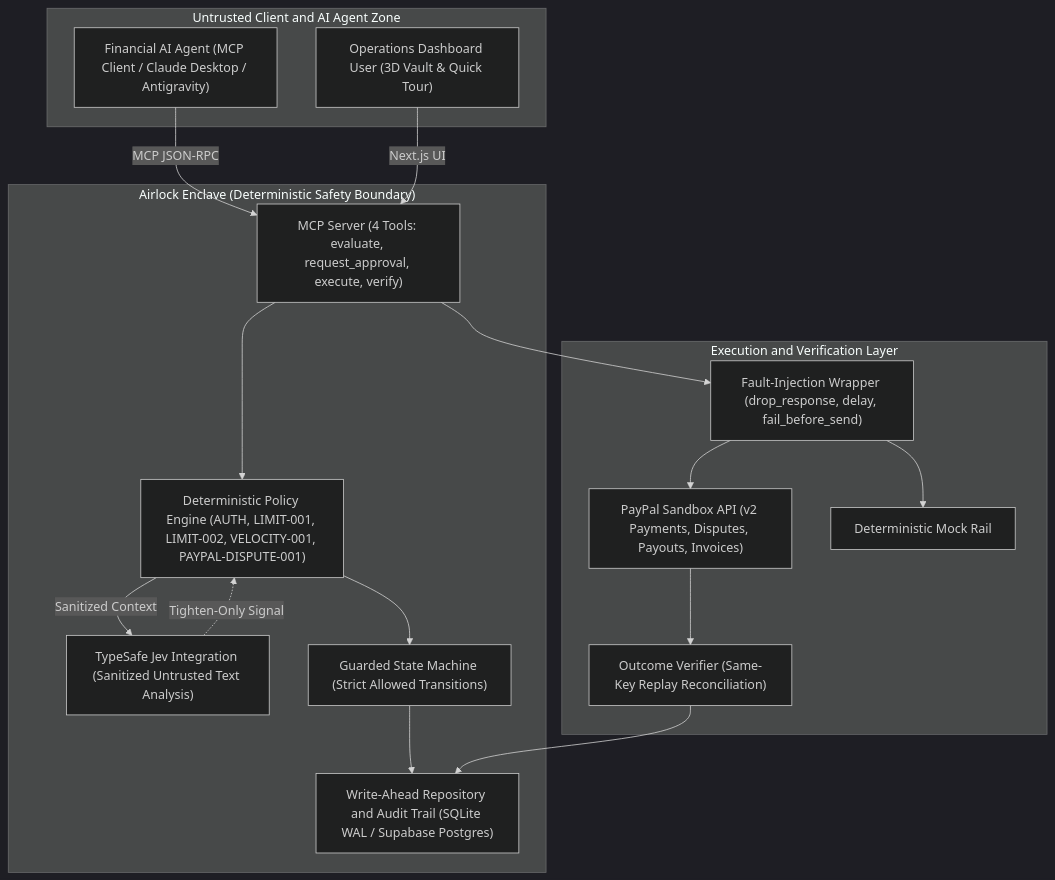
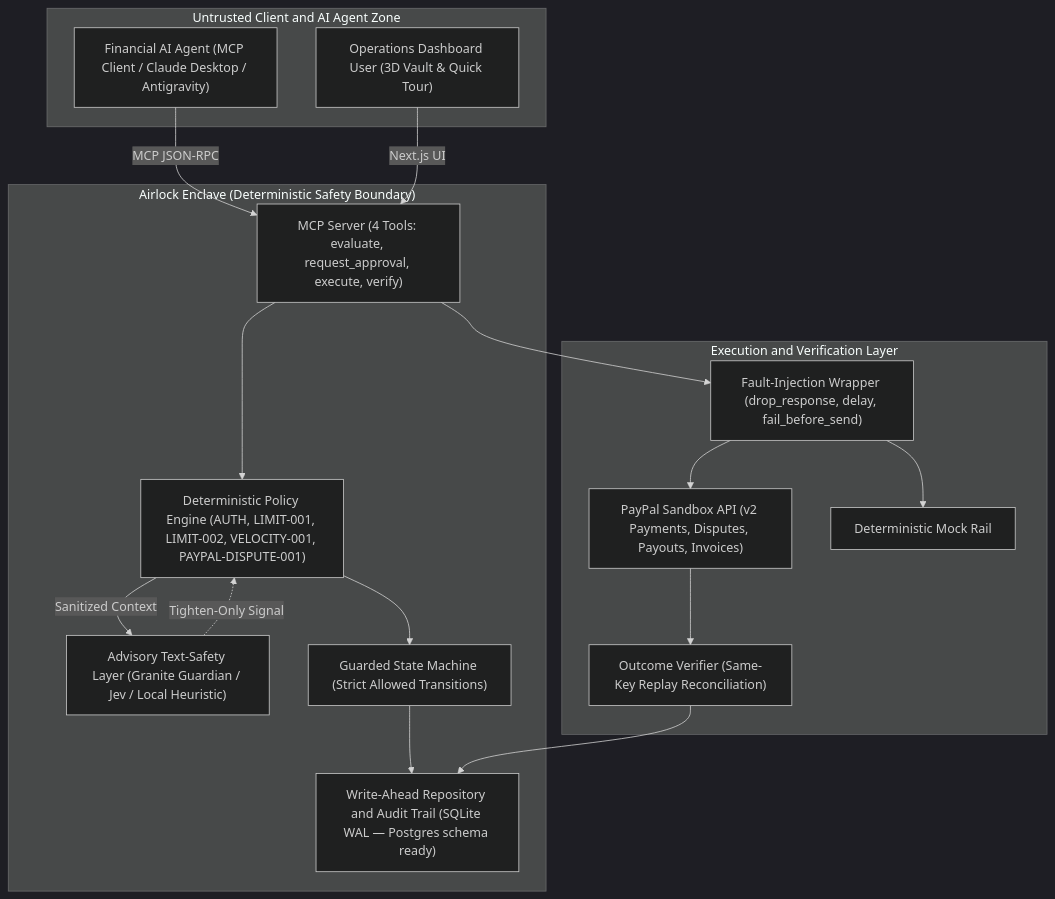
One commit to SYNTHOS7/Airlock changed the second of 3 diagrams in README.md. Above: the diagram before and after it, drawn with Mermaid (dark theme). The commit also changed other lines of this file and 31 other files, not shown here.

````diff
--- a/README.md
+++ b/README.md
@@ -66,35 +66,35 @@
 ```mermaid
 flowchart TD
     subgraph UntrustedZone["Untrusted Client and AI Agent Zone"]
         Agent["Financial AI Agent (MCP Client / Claude Desktop / Antigravity)"]
         User["Operations Dashboard User (3D Vault & Quick Tour)"]
     end
 
     subgraph AirlockCore["Airlock Enclave (Deterministic Safety Boundary)"]
         MCP["MCP Server (4 Tools: evaluate, request_approval, execute, verify)"]
         PolicyEngine["Deterministic Policy Engine (AUTH, LIMIT-001, LIMIT-002, VELOCITY-001, PAYPAL-DISPUTE-001)"]
-        JevIntegration["TypeSafe Jev Integration (Sanitized Untrusted Text Analysis)"]
+        JevIntegration["Advisory Text-Safety Layer (Granite Guardian / Jev / Local Heuristic)"]
         StateMachine["Guarded State Machine (Strict Allowed Transitions)"]
-        Repo["Write-Ahead Repository and Audit Trail (SQLite WAL / Supabase Postgres)"]
+        Repo["Write-Ahead Repository and Audit Trail (SQLite WAL — Postgres schema ready)"]
     end
 
     subgraph Rails["Execution and Verification Layer"]
         PayPal["PayPal Sandbox API (v2 Payments, Disputes, Payouts, Invoices)"]
         MockRail["Deterministic Mock Rail"]
         FaultWrapper["Fault-Injection Wrapper (drop_response, delay, fail_before_send)"]
         Verifier["Outcome Verifier (Same-Key Replay Reconciliation)"]
     end
 
     Agent -->|"MCP JSON-RPC"| MCP
     User -->|"Next.js UI"| MCP
     MCP --> PolicyEngine
     PolicyEngine -->|"Sanitized Context"| JevIntegration
     JevIntegration -.->|"Tighten-Only Signal"| PolicyEngine
     PolicyEngine --> StateMachine
     StateMachine --> Repo
     MCP --> FaultWrapper
     FaultWrapper --> PayPal
     FaultWrapper --> MockRail
     PayPal --> Verifier
     Verifier --> Repo
 ```
````
